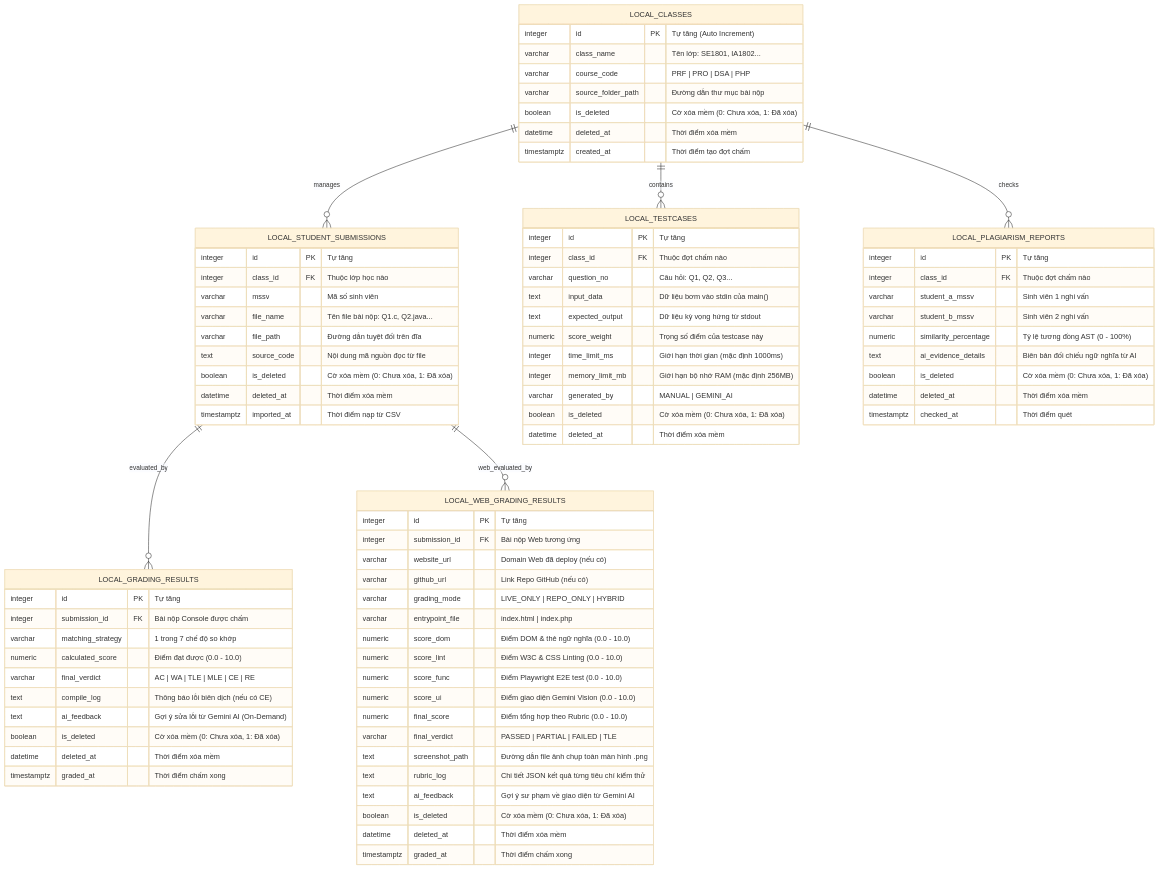
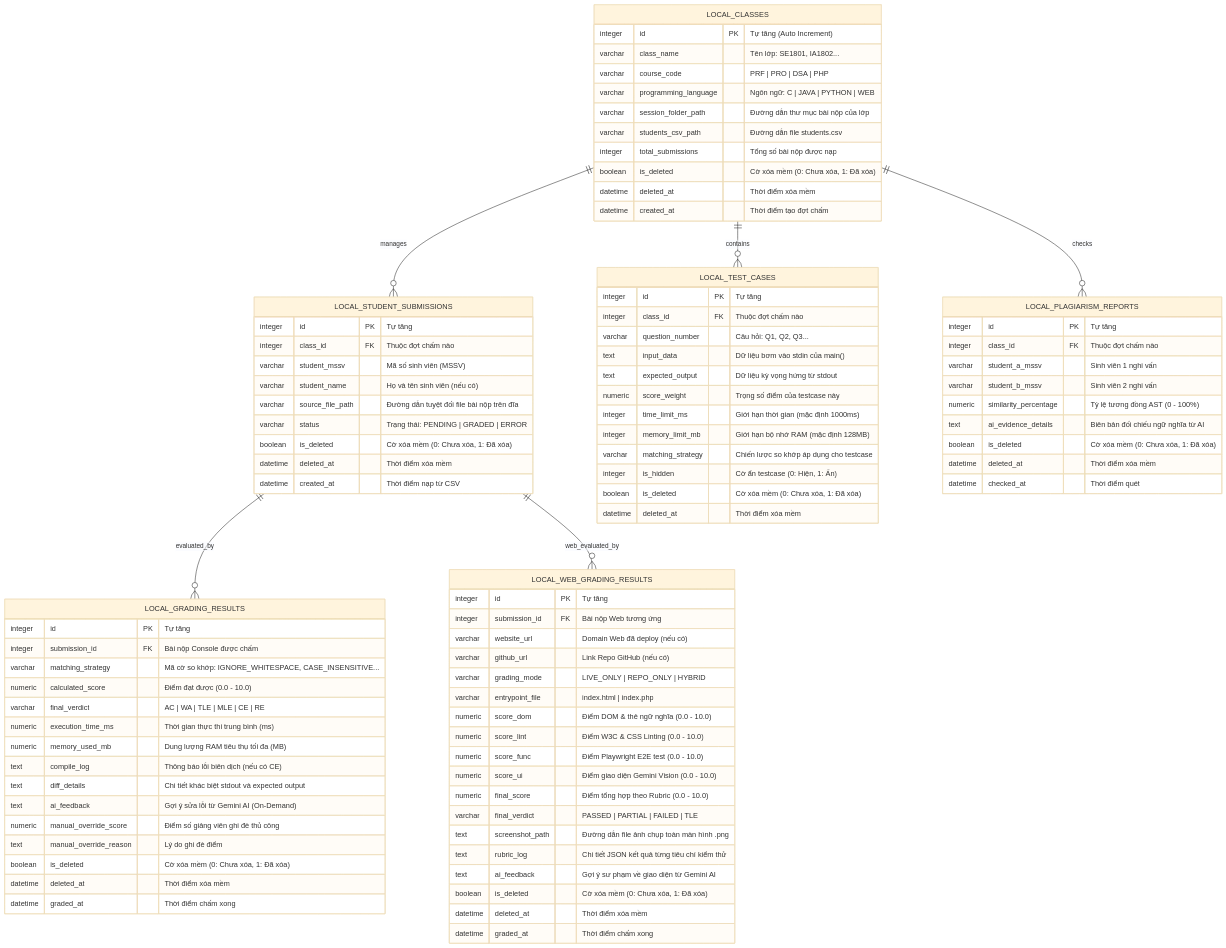
Before and after one commit to gray8493/iata_project: the second of 2 diagrams in docs/architecture/database_schema.md, drawn with Mermaid (base theme). The commit also changed other lines of this file and 25 other files, not shown here.

Commit message:
feat: add desktop client UI, database management, services, and architectural documentation

````diff
--- a/docs/architecture/database_schema.md
+++ b/docs/architecture/database_schema.md
@@ -76,7 +76,7 @@
 ```mermaid
 erDiagram
     LOCAL_CLASSES ||--o{ LOCAL_STUDENT_SUBMISSIONS : "manages"
-    LOCAL_CLASSES ||--o{ LOCAL_TESTCASES : "contains"
+    LOCAL_CLASSES ||--o{ LOCAL_TEST_CASES : "contains"
     LOCAL_STUDENT_SUBMISSIONS ||--o{ LOCAL_GRADING_RESULTS : "evaluated_by"
     LOCAL_STUDENT_SUBMISSIONS ||--o{ LOCAL_WEB_GRADING_RESULTS : "web_evaluated_by"
     LOCAL_CLASSES ||--o{ LOCAL_PLAGIARISM_REPORTS : "checks"
@@ -85,34 +85,38 @@
         integer id PK "Tự tăng (Auto Increment)"
         varchar class_name "Tên lớp: SE1801, IA1802..."
         varchar course_code "PRF | PRO | DSA | PHP"
-        varchar source_folder_path "Đường dẫn thư mục bài nộp"
+        varchar programming_language "Ngôn ngữ: C | JAVA | PYTHON | WEB"
+        varchar session_folder_path "Đường dẫn thư mục bài nộp của lớp"
+        varchar students_csv_path "Đường dẫn file students.csv"
+        integer total_submissions "Tổng số bài nộp được nạp"
         boolean is_deleted "Cờ xóa mềm (0: Chưa xóa, 1: Đã xóa)"
         datetime deleted_at "Thời điểm xóa mềm"
-        timestamptz created_at "Thời điểm tạo đợt chấm"
+        datetime created_at "Thời điểm tạo đợt chấm"
     }
 
     LOCAL_STUDENT_SUBMISSIONS {
         integer id PK "Tự tăng"
-        integer class_id FK "Thuộc lớp học nào"
-        varchar mssv "Mã số sinh viên"
-        varchar file_name "Tên file bài nộp: Q1.c, Q2.java..."
-        varchar file_path "Đường dẫn tuyệt đối trên đĩa"
-        text source_code "Nội dung mã nguồn đọc từ file"
+        integer class_id FK "Thuộc đợt chấm nào"
+        varchar student_mssv "Mã số sinh viên (MSSV)"
+        varchar student_name "Họ và tên sinh viên (nếu có)"
+        varchar source_file_path "Đường dẫn tuyệt đối file bài nộp trên đĩa"
+        varchar status "Trạng thái: PENDING | GRADED | ERROR"
         boolean is_deleted "Cờ xóa mềm (0: Chưa xóa, 1: Đã xóa)"
         datetime deleted_at "Thời điểm xóa mềm"
-        timestamptz imported_at "Thời điểm nạp từ CSV"
+        datetime created_at "Thời điểm nạp từ CSV"
     }
 
-    LOCAL_TESTCASES {
+    LOCAL_TEST_CASES {
         integer id PK "Tự tăng"
         integer class_id FK "Thuộc đợt chấm nào"
-        varchar question_no "Câu hỏi: Q1, Q2, Q3..."
+        varchar question_number "Câu hỏi: Q1, Q2, Q3..."
         text input_data "Dữ liệu bơm vào stdin của main()"
         text expected_output "Dữ liệu kỳ vọng hứng từ stdout"
         numeric score_weight "Trọng số điểm của testcase này"
         integer time_limit_ms "Giới hạn thời gian (mặc định 1000ms)"
-        integer memory_limit_mb "Giới hạn bộ nhớ RAM (mặc định 256MB)"
-        varchar generated_by "MANUAL | GEMINI_AI"
+        integer memory_limit_mb "Giới hạn bộ nhớ RAM (mặc định 128MB)"
+        varchar matching_strategy "Chiến lược so khớp áp dụng cho testcase"
+        integer is_hidden "Cờ ẩn testcase (0: Hiện, 1: Ẩn)"
         boolean is_deleted "Cờ xóa mềm (0: Chưa xóa, 1: Đã xóa)"
         datetime deleted_at "Thời điểm xóa mềm"
     }
@@ -120,14 +124,19 @@
     LOCAL_GRADING_RESULTS {
         integer id PK "Tự tăng"
         integer submission_id FK "Bài nộp Console được chấm"
-        varchar matching_strategy "1 trong 7 chế độ so khớp"
+        varchar matching_strategy "Mã cờ so khớp: IGNORE_WHITESPACE, CASE_INSENSITIVE..."
         numeric calculated_score "Điểm đạt được (0.0 - 10.0)"
         varchar final_verdict "AC | WA | TLE | MLE | CE | RE"
+        numeric execution_time_ms "Thời gian thực thi trung bình (ms)"
+        numeric memory_used_mb "Dung lượng RAM tiêu thụ tối đa (MB)"
         text compile_log "Thông báo lỗi biên dịch (nếu có CE)"
+        text diff_details "Chi tiết khác biệt stdout và expected output"
         text ai_feedback "Gợi ý sửa lỗi từ Gemini AI (On-Demand)"
+        numeric manual_override_score "Điểm số giảng viên ghi đè thủ công"
+        text manual_override_reason "Lý do ghi đè điểm"
         boolean is_deleted "Cờ xóa mềm (0: Chưa xóa, 1: Đã xóa)"
         datetime deleted_at "Thời điểm xóa mềm"
-        timestamptz graded_at "Thời điểm chấm xong"
+        datetime graded_at "Thời điểm chấm xong"
     }
 
     LOCAL_WEB_GRADING_RESULTS {
@@ -148,7 +157,7 @@
         text ai_feedback "Gợi ý sư phạm về giao diện từ Gemini AI"
         boolean is_deleted "Cờ xóa mềm (0: Chưa xóa, 1: Đã xóa)"
         datetime deleted_at "Thời điểm xóa mềm"
-        timestamptz graded_at "Thời điểm chấm xong"
+        datetime graded_at "Thời điểm chấm xong"
     }
 
     LOCAL_PLAGIARISM_REPORTS {
@@ -160,6 +169,6 @@
         text ai_evidence_details "Biên bản đối chiếu ngữ nghĩa từ AI"
         boolean is_deleted "Cờ xóa mềm (0: Chưa xóa, 1: Đã xóa)"
         datetime deleted_at "Thời điểm xóa mềm"
-        timestamptz checked_at "Thời điểm quét"
+        datetime checked_at "Thời điểm quét"
     }
 ```
````
